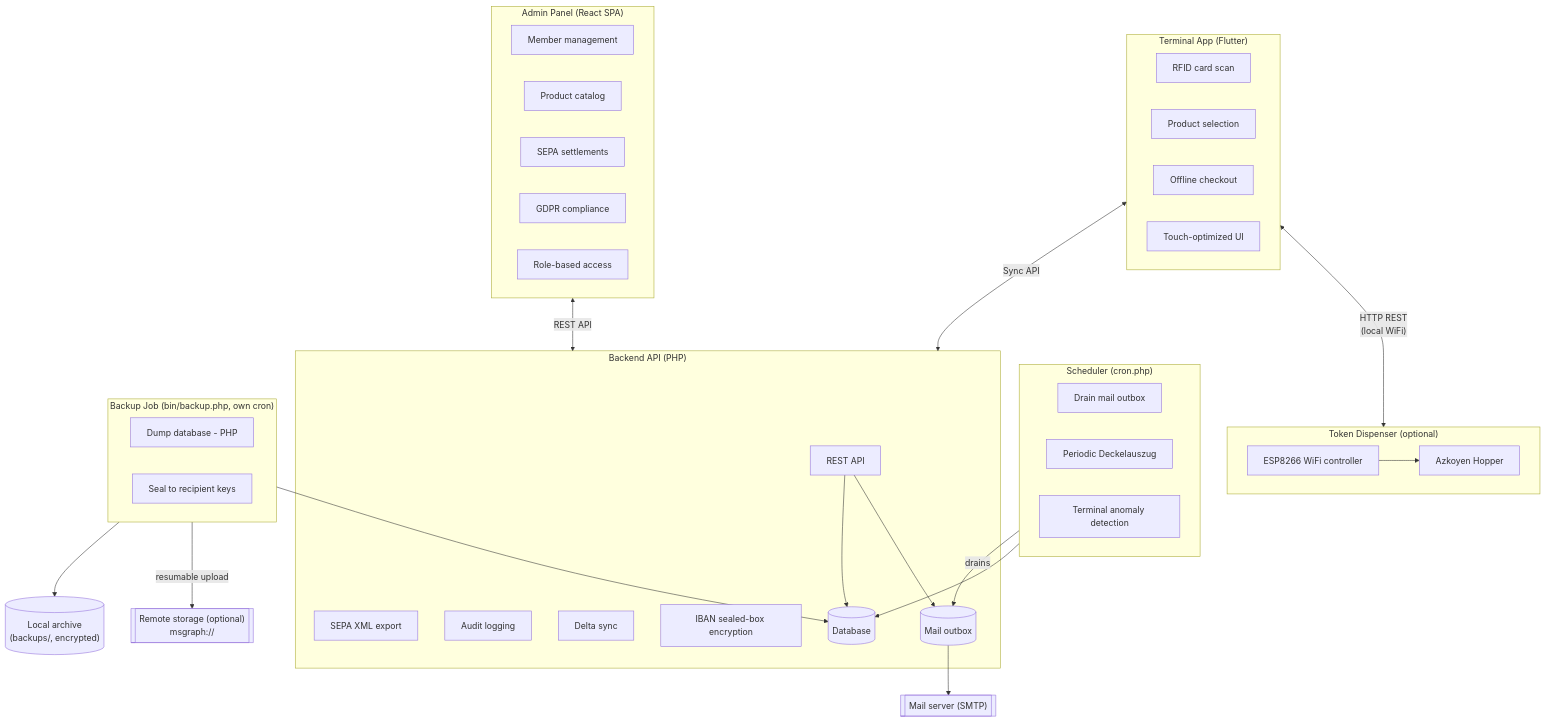
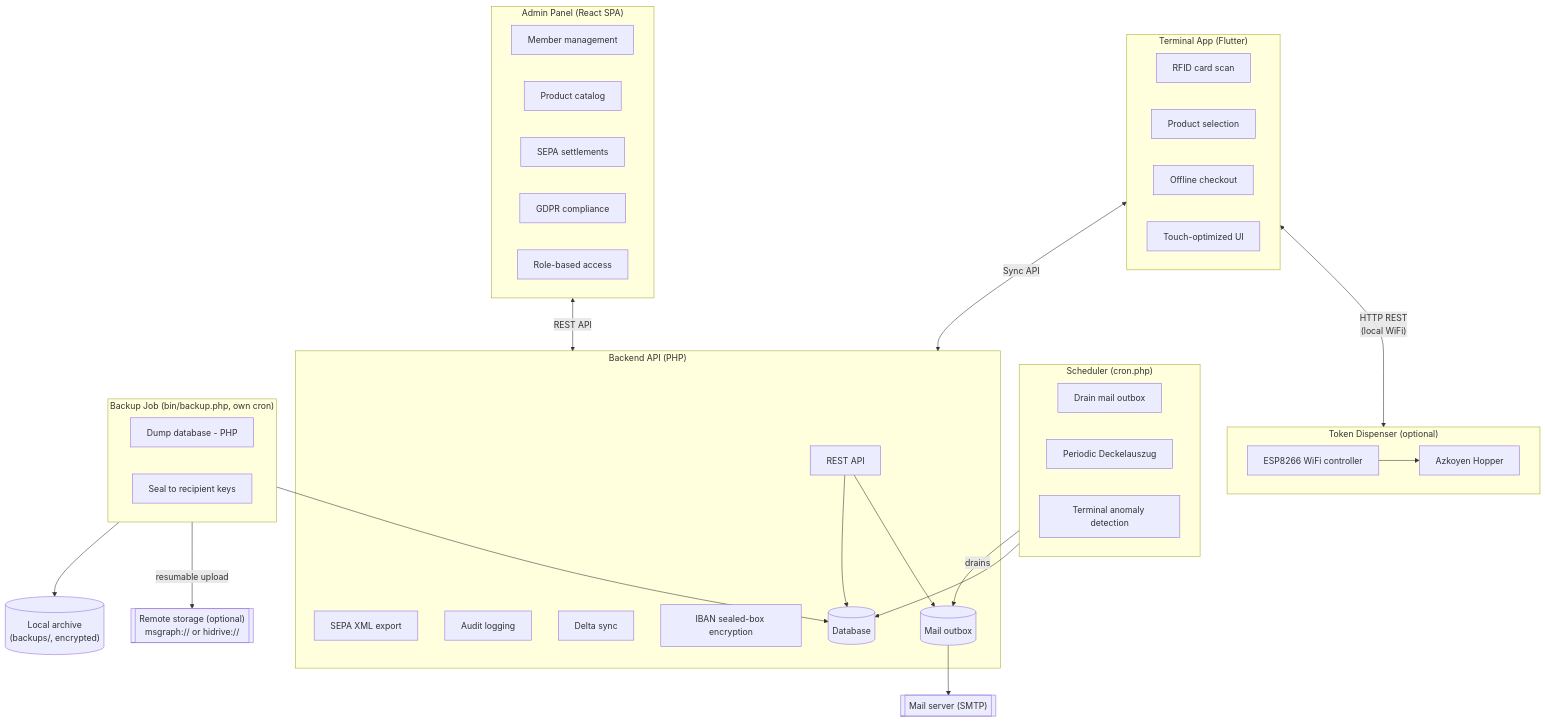
Before and after one commit to dgloeckner/clubbar: the diagram in README.md, drawn with Mermaid. The commit also changed 41 other files, not shown here.

````diff
--- a/README.md
+++ b/README.md
@@ -34,60 +34,60 @@
 ```mermaid
 flowchart TB
     subgraph Terminal["Terminal App (Flutter)"]
         T1[RFID card scan]
         T2[Product selection]
         T3[Offline checkout]
         T4[Touch-optimized UI]
     end
 
     subgraph Admin["Admin Panel (React SPA)"]
         A1[Member management]
         A2[Product catalog]
         A3[SEPA settlements]
         A4[GDPR compliance]
         A5[Role-based access]
     end
 
     subgraph Backend["Backend API (PHP)"]
         B1[REST API]
         B2[SEPA XML export]
         B3[Audit logging]
         B4[Delta sync]
         B5[IBAN sealed-box encryption]
         DB[(Database)]
         Outbox[(Mail outbox)]
         B1 --> DB
         B1 --> Outbox
     end
 
     subgraph Scheduler["Scheduler (cron.php)"]
         S1[Drain mail outbox]
         S2[Periodic Deckelauszug]
         S3[Terminal anomaly detection]
     end
 
     subgraph Dispenser["Token Dispenser (optional)"]
         D1[ESP8266 WiFi controller]
         D2[Azkoyen Hopper]
         D1 --> D2
     end
 
     subgraph Backup["Backup Job (bin/backup.php, own cron)"]
         BK1[Dump database - PHP]
         BK2[Seal to recipient keys]
     end
 
     Mail[["Mail server (SMTP)"]]
     LocalArchive[("Local archive\n(backups/, encrypted)")]
-    RemoteArchive[["Remote storage (optional)\nmsgraph://"]]
+    RemoteArchive[["Remote storage (optional)\nmsgraph:// or hidrive://"]]
 
     Terminal <-->|"Sync API"| Backend
     Admin <-->|"REST API"| Backend
     Terminal <-->|"HTTP REST\n(local WiFi)"| Dispenser
     Scheduler -->|"drains"| Outbox
     Outbox --> Mail
     Scheduler --> DB
     Backup --> DB
     Backup --> LocalArchive
     Backup -->|"resumable upload"| RemoteArchive
 ```
````
